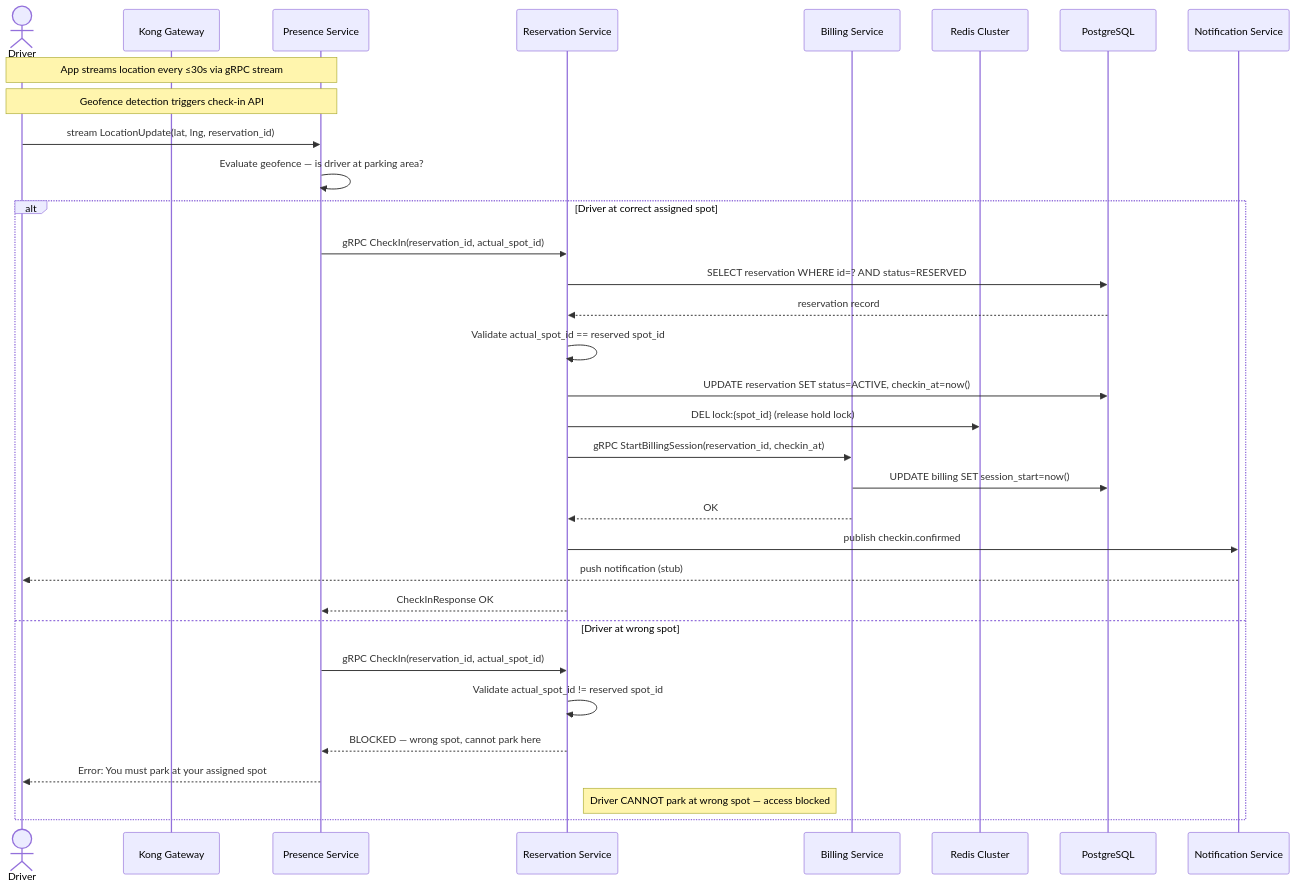
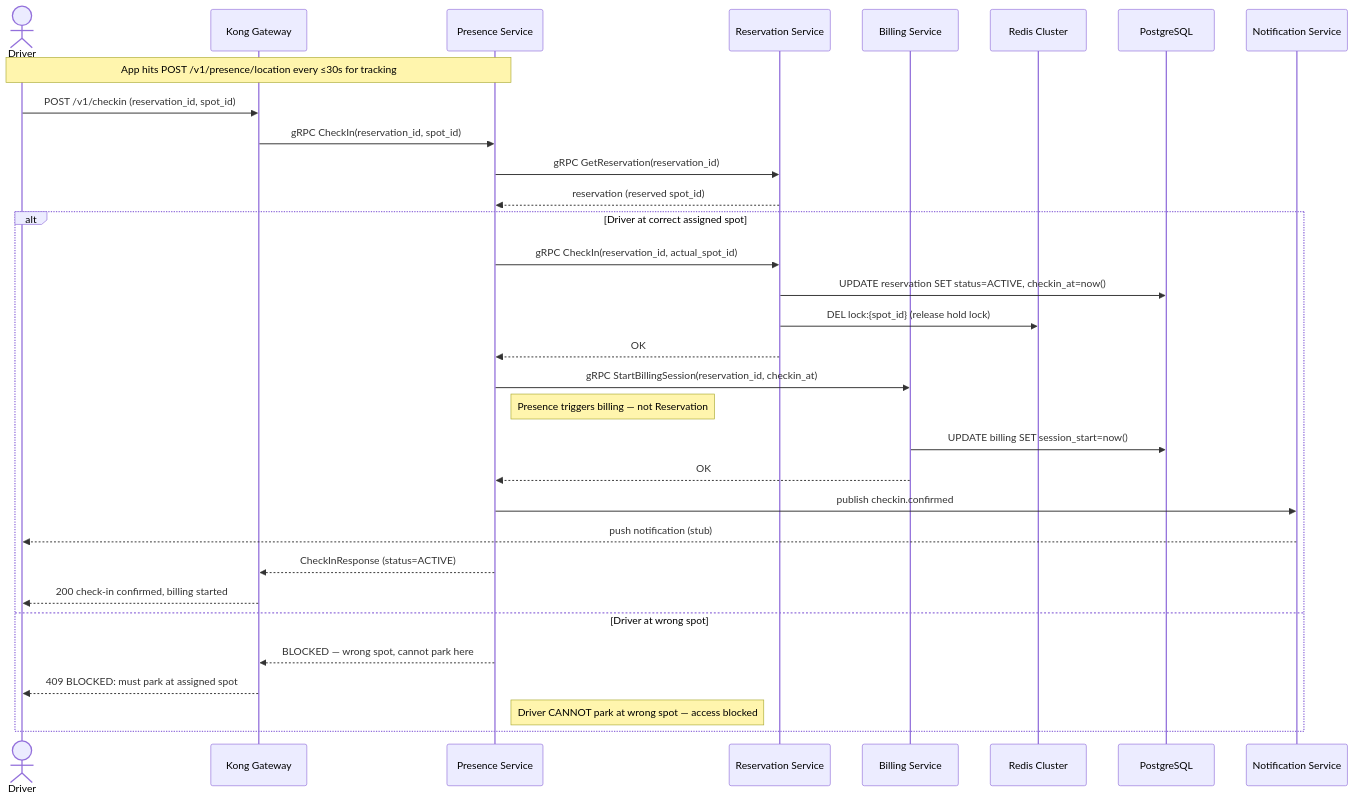
Diagram 15 of 23 in README.md (ParkirPintar/parkir-pintar-backend), drawn with Mermaid before and after one commit. The commit also changed other lines of this file and 28 other files, not shown here.

First line of the commit message:
feat(services): integrate billing with presence and refactor location tracking

````diff
--- a/README.md
+++ b/README.md
@@ -1076,38 +1092,40 @@
 ```mermaid
 sequenceDiagram
     actor Driver
     participant Kong as Kong Gateway
     participant Presence as Presence Service
     participant Reservation as Reservation Service
     participant Billing as Billing Service
     participant Redis as Redis Cluster
     participant DB as PostgreSQL
     participant Notif as Notification Service
 
-    note over Driver,Presence: App streams location every ≤30s via gRPC stream
-    note over Driver,Presence: Geofence detection triggers check-in API
+    note over Driver,Presence: App hits POST /v1/presence/location every ≤30s for tracking
 
-    Driver->>Presence: stream LocationUpdate(lat, lng, reservation_id)
-    Presence->>Presence: Evaluate geofence — is driver at parking area?
+    Driver->>Kong: POST /v1/checkin (reservation_id, spot_id)
+    Kong->>Presence: gRPC CheckIn(reservation_id, spot_id)
+
+    Presence->>Reservation: gRPC GetReservation(reservation_id)
+    Reservation-->>Presence: reservation (reserved spot_id)
 
     alt Driver at correct assigned spot
         Presence->>Reservation: gRPC CheckIn(reservation_id, actual_spot_id)
-        Reservation->>DB: SELECT reservation WHERE id=? AND status=RESERVED
-        DB-->>Reservation: reservation record
-        Reservation->>Reservation: Validate actual_spot_id == reserved spot_id
         Reservation->>DB: UPDATE reservation SET status=ACTIVE, checkin_at=now()
         Reservation->>Redis: DEL lock:{spot_id} (release hold lock)
-        Reservation->>Billing: gRPC StartBillingSession(reservation_id, checkin_at)
+        Reservation-->>Presence: OK
+
+        Presence->>Billing: gRPC StartBillingSession(reservation_id, checkin_at)
+        note right of Presence: Presence triggers billing — not Reservation
         Billing->>DB: UPDATE billing SET session_start=now()
-        Billing-->>Reservation: OK
-        Reservation->>Notif: publish checkin.confirmed
+        Billing-->>Presence: OK
+
+        Presence->>Notif: publish checkin.confirmed
         Notif-->>Driver: push notification (stub)
-        Reservation-->>Presence: CheckInResponse OK
+        Presence-->>Kong: CheckInResponse (status=ACTIVE)
+        Kong-->>Driver: 200 check-in confirmed, billing started
     else Driver at wrong spot
-        Presence->>Reservation: gRPC CheckIn(reservation_id, actual_spot_id)
-        Reservation->>Reservation: Validate actual_spot_id != reserved spot_id
-        Reservation-->>Presence: BLOCKED — wrong spot, cannot park here
-        Presence-->>Driver: Error: You must park at your assigned spot
-        note right of Reservation: Driver CANNOT park at wrong spot — access blocked
+        Presence-->>Kong: BLOCKED — wrong spot, cannot park here
+        Kong-->>Driver: 409 BLOCKED: must park at assigned spot
+        note right of Presence: Driver CANNOT park at wrong spot — access blocked
     end
 ```
````
